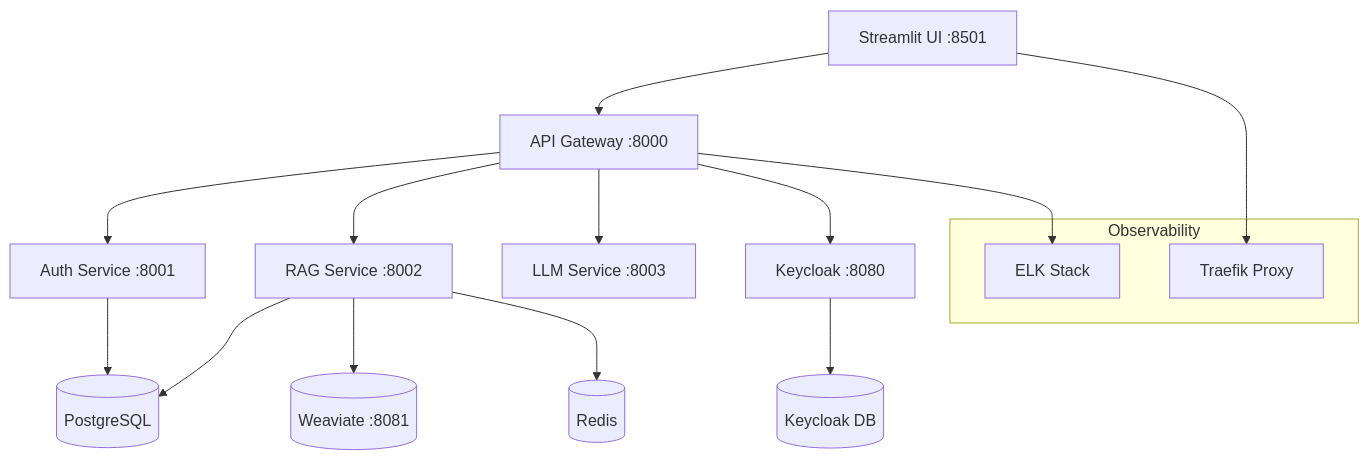
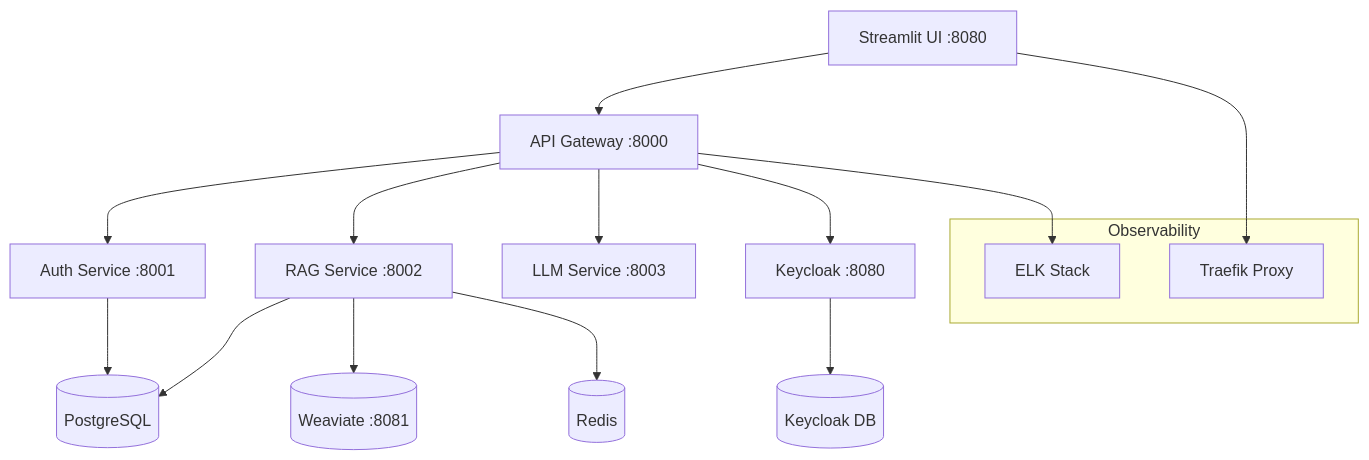
Before and after one commit to MiguelDelao/privategpt: the diagram in README.md, drawn with Mermaid. The commit also changed other lines of this file and 3 other files, not shown here.

````diff
--- a/README.md
+++ b/README.md
@@ -42,23 +42,23 @@
 ```mermaid
 graph TB
-    UI[Streamlit UI :8501] --> GW[API Gateway :8000]
+    UI[Streamlit UI :8080] --> GW[API Gateway :8000]
     GW --> AUTH[Auth Service :8001]
     GW --> RAG[RAG Service :8002]
     GW --> LLM[LLM Service :8003]
     
     GW --> KC[Keycloak :8080]
     AUTH --> DB[(PostgreSQL)]
     RAG --> DB
     RAG --> VDB[(Weaviate :8081)]
     RAG --> REDIS[(Redis)]
     
     KC --> KCDB[(Keycloak DB)]
     
     subgraph "Observability"
         ELK[ELK Stack]
         TRAEFIK[Traefik Proxy]
     end
     
     GW --> ELK
     UI --> TRAEFIK
 ```
````
